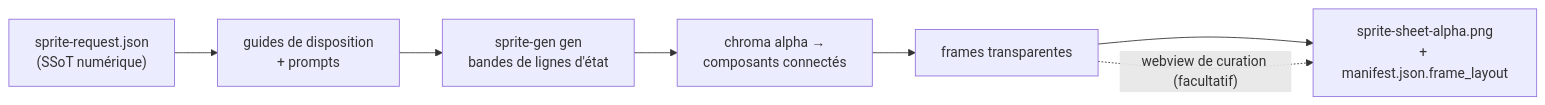
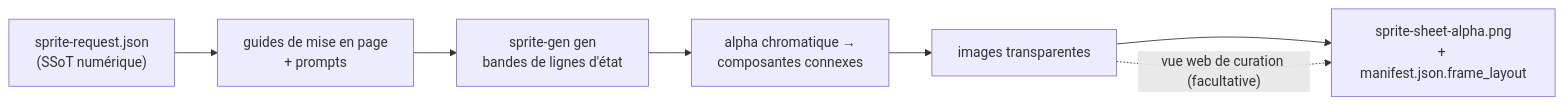
Before and after one commit to aldegad/sprite-gen: the diagram in README.fr.md, drawn with Mermaid. The commit also changed other lines of this file and 4 other files, not shown here.

````diff
--- a/README.fr.md
+++ b/README.fr.md
@@ -25,9 +25,9 @@
 ```mermaid
 flowchart LR
-    REQ["sprite-request.json<br/>(SSoT numérique)"] --> GUIDES["guides de disposition<br/>+ prompts"]
+    REQ["sprite-request.json<br/>(SSoT numérique)"] --> GUIDES["guides de mise en page<br/>+ prompts"]
     GUIDES --> GEN["sprite-gen gen<br/>bandes de lignes d'état"]
-    GEN --> EXTRACT["chroma alpha →<br/>composants connectés"]
-    EXTRACT --> FRAMES["frames transparentes"]
+    GEN --> EXTRACT["alpha chromatique →<br/>composantes connexes"]
+    EXTRACT --> FRAMES["images transparentes"]
     FRAMES --> ATLAS["sprite-sheet-alpha.png<br/>+ manifest.json.frame_layout"]
-    FRAMES -. "webview de curation (facultatif)" .-> ATLAS
+    FRAMES -. "vue web de curation (facultative)" .-> ATLAS
 ```
````
